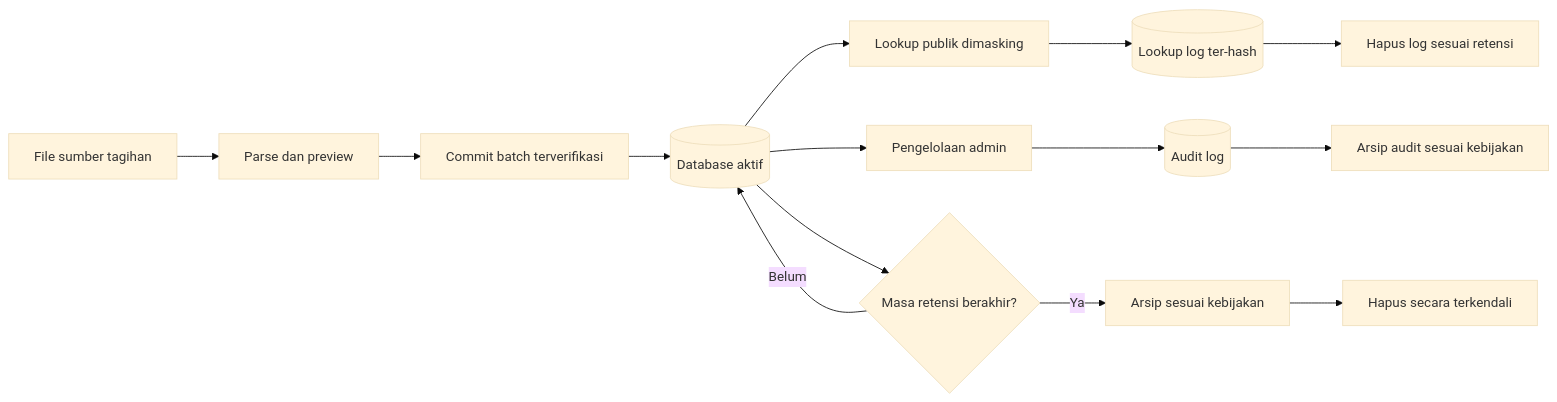
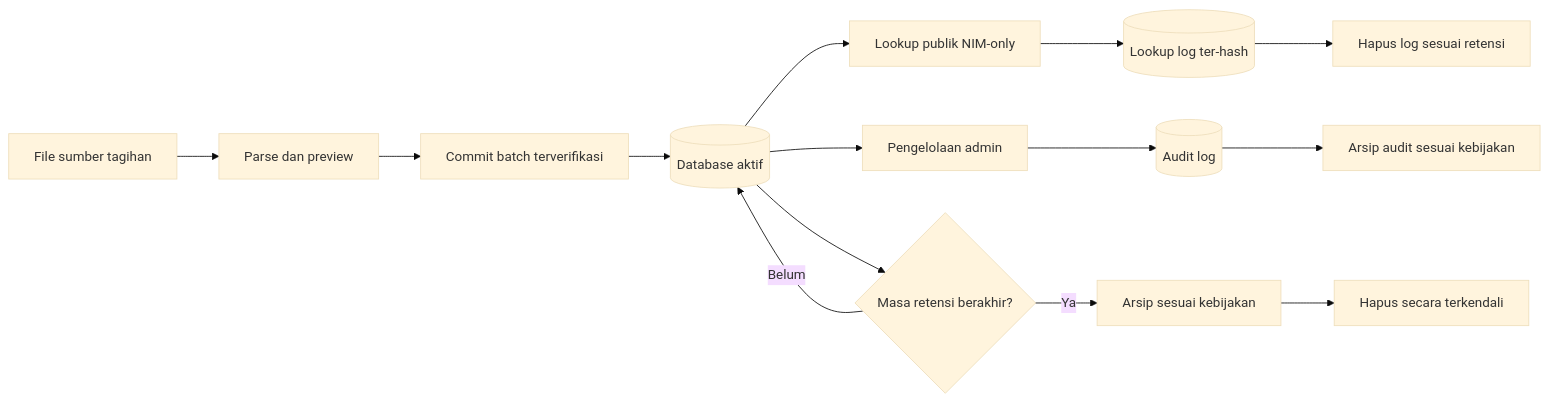
Diagram 19 of 25 in docs/03-diagrams.md (mtijan/Salut-Cek-Pembayaran), drawn with Mermaid (base theme) before and after one commit. The commit also changed other lines of this file and 16 other files, not shown here.

Commit message:
feat: establish core project architecture, backend services, documentation, and security baseline definitions

````diff
--- a/docs/03-diagrams.md
+++ b/docs/03-diagrams.md
@@ -560,16 +559,16 @@
 ```mermaid
 flowchart LR
     Source[File sumber tagihan] --> Preview[Parse dan preview]
     Preview --> Commit[Commit batch terverifikasi]
     Commit --> Active[(Database aktif)]
-    Active --> Lookup[Lookup publik dimasking]
+    Active --> Lookup[Lookup publik NIM-only]
     Active --> Admin[Pengelolaan admin]
     Lookup --> LookupLog[(Lookup log ter-hash)]
     Admin --> AuditLog[(Audit log)]
     Active --> Retention{Masa retensi berakhir?}
     Retention -->|Belum| Active
     Retention -->|Ya| Archive[Arsip sesuai kebijakan]
     Archive --> Purge[Hapus secara terkendali]
     LookupLog --> LogPurge[Hapus log sesuai retensi]
     AuditLog --> AuditArchive[Arsip audit sesuai kebijakan]
 ```
````
